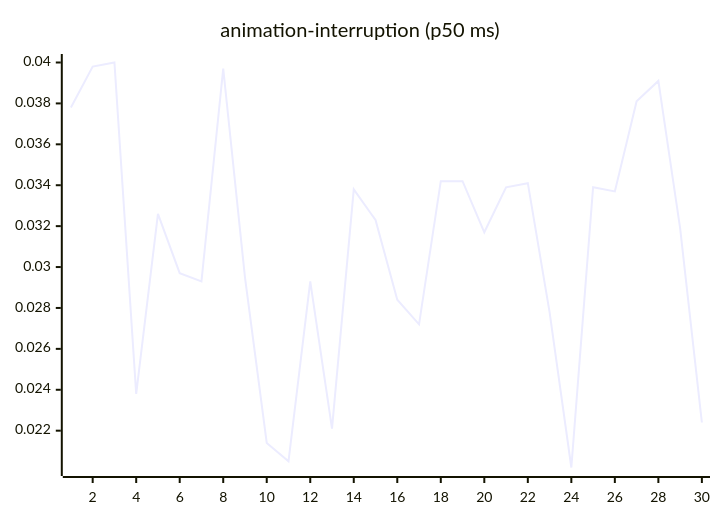
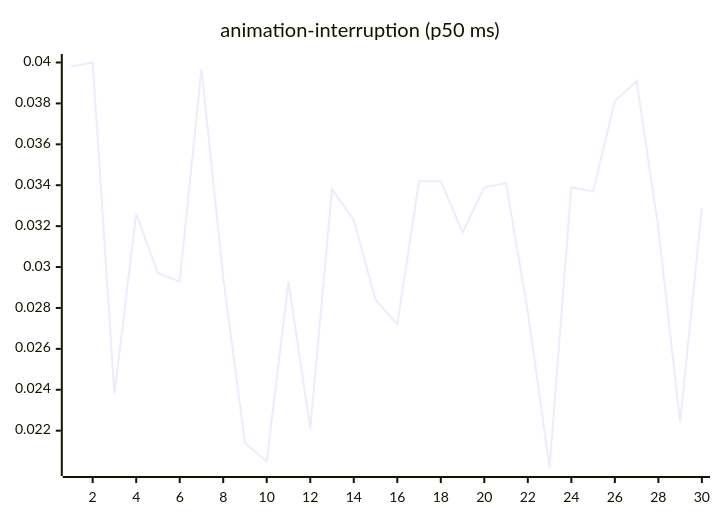
One commit to josha/Facet changed the third of 27 diagrams in README.md. Above: the diagram before and after it, drawn with Mermaid. The commit also changed other lines of this file and 2 other files, not shown here.

````diff
--- a/README.md
+++ b/README.md
@@ -77,6 +77,6 @@
 ```mermaid
 xychart-beta
     title "animation-interruption (p50 ms)"
     x-axis 1 --> 30
-    line [0.0378, 0.0398, 0.0400, 0.0238, 0.0326, 0.0297, 0.0293, 0.0397, 0.0295, 0.0214, 0.0205, 0.0293, 0.0221, 0.0338, 0.0323, 0.0284, 0.0272, 0.0342, 0.0342, 0.0317, 0.0339, 0.0341, 0.0278, 0.0202, 0.0339, 0.0337, 0.0381, 0.0391, 0.0319, 0.0224]
+    line [0.0398, 0.0400, 0.0238, 0.0326, 0.0297, 0.0293, 0.0397, 0.0295, 0.0214, 0.0205, 0.0293, 0.0221, 0.0338, 0.0323, 0.0284, 0.0272, 0.0342, 0.0342, 0.0317, 0.0339, 0.0341, 0.0278, 0.0202, 0.0339, 0.0337, 0.0381, 0.0391, 0.0319, 0.0224, 0.0329]
 ```
````
